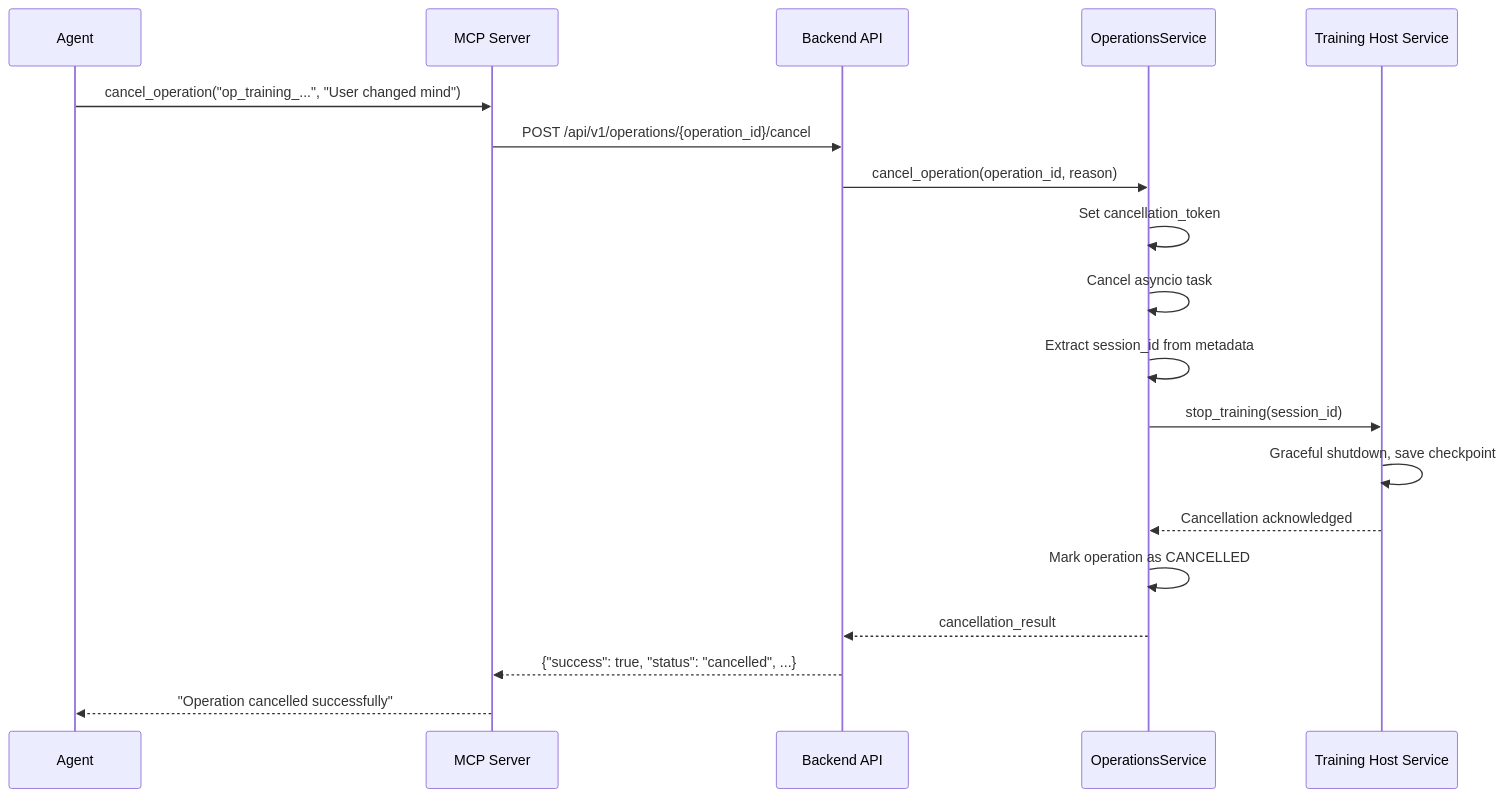
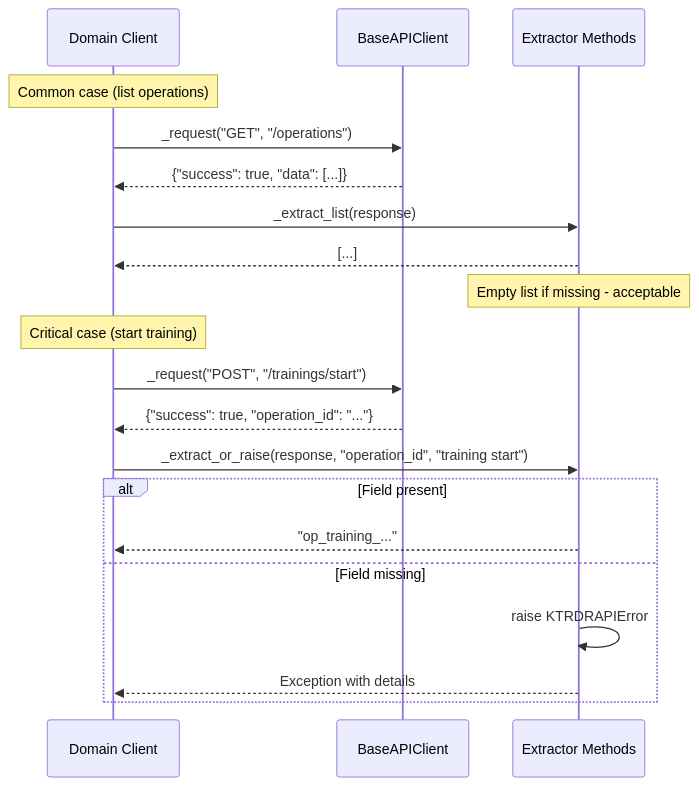
One commit to kpiteira/ktrdr changed the third of 3 diagrams in docs/architecture/mcp/ARCHITECTURE.md. Above: the diagram before and after it, drawn with Mermaid. The commit also changed other lines of this file and 5 other files, not shown here.

First line of the commit message:
refactor(docs): restructure MCP architecture documentation

````diff
--- a/docs/architecture/mcp/ARCHITECTURE.md
+++ b/docs/architecture/mcp/ARCHITECTURE.md
@@ -490,22 +441,25 @@
 ```mermaid
 sequenceDiagram
-    participant Agent
-    participant MCP as MCP Server
-    participant API as Backend API
-    participant OpS as OperationsService
-    participant THS as Training Host Service
+    participant Client as Domain Client
+    participant Base as BaseAPIClient
+    participant Extract as Extractor Methods
 
-    Agent->>MCP: cancel_operation("op_training_...", "User changed mind")
-    MCP->>API: POST /api/v1/operations/{operation_id}/cancel
-    API->>OpS: cancel_operation(operation_id, reason)
-    OpS->>OpS: Set cancellation_token
-    OpS->>OpS: Cancel asyncio task
-    OpS->>OpS: Extract session_id from metadata
-    OpS->>THS: stop_training(session_id)
-    THS->>THS: Graceful shutdown, save checkpoint
-    THS-->>OpS: Cancellation acknowledged
-    OpS->>OpS: Mark operation as CANCELLED
-    OpS-->>API: cancellation_result
-    API-->>MCP: {"success": true, "status": "cancelled", ...}
-    MCP-->>Agent: "Operation cancelled successfully"
+    Note over Client: Common case (list operations)
+    Client->>Base: _request("GET", "/operations")
+    Base-->>Client: {"success": true, "data": [...]}
+    Client->>Extract: _extract_list(response)
+    Extract-->>Client: [...]
+    Note over Extract: Empty list if missing - acceptable
+
+    Note over Client: Critical case (start training)
+    Client->>Base: _request("POST", "/trainings/start")
+    Base-->>Client: {"success": true, "operation_id": "..."}
+    Client->>Extract: _extract_or_raise(response, "operation_id", "training start")
+
+    alt Field present
+        Extract-->>Client: "op_training_..."
+    else Field missing
+        Extract->>Extract: raise KTRDRAPIError
+        Extract-->>Client: Exception with details
+    end
 ```
````
